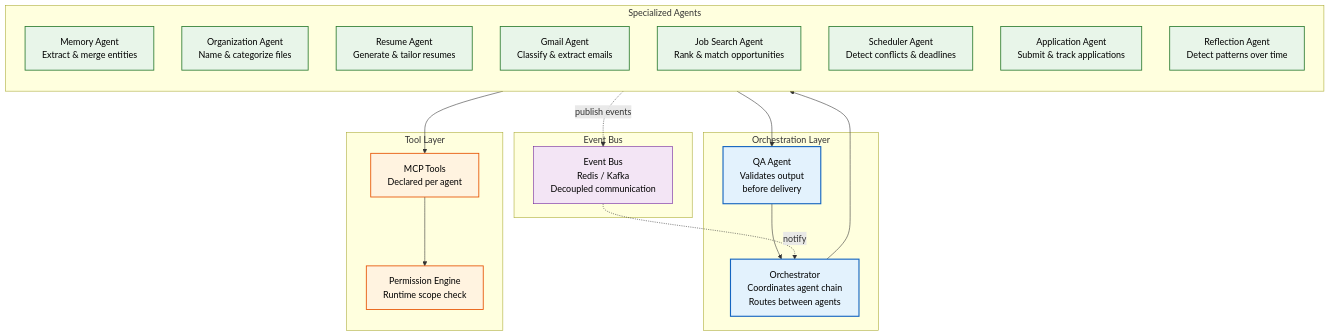
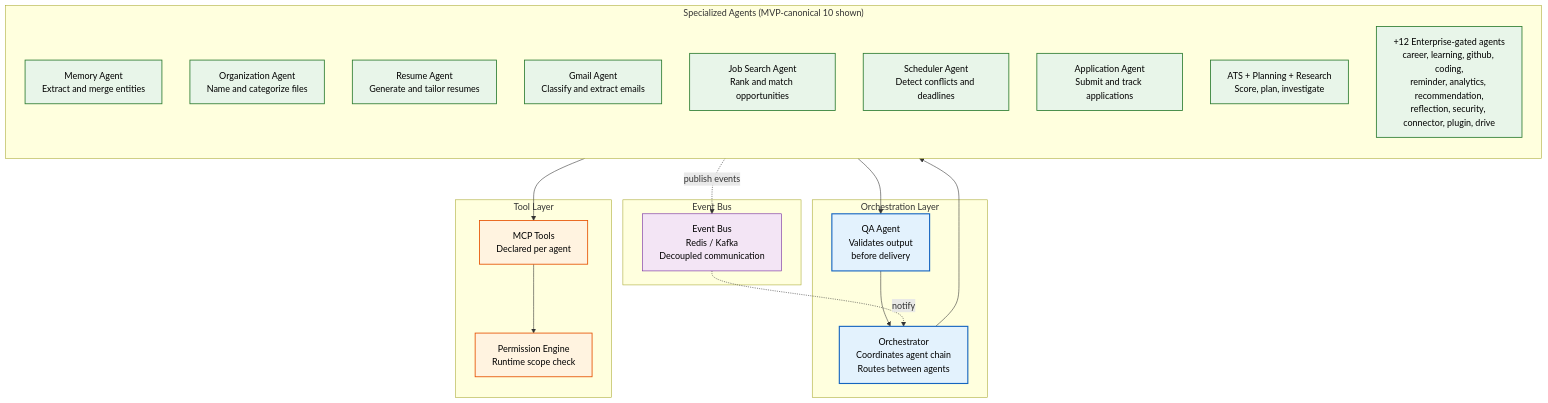
One commit to Driftloom/Vaeloom changed the first of 2 diagrams in docs/ai/AI-Agents.md. Above: the diagram before and after it, drawn with Mermaid. The commit also changed other lines of this file and 12 other files, not shown here.

Commit message:
docs(architecture): reconcile system, agent, connector, and auth specs with code truth

````diff
--- a/docs/ai/AI-Agents.md
+++ b/docs/ai/AI-Agents.md
@@ -30,47 +32,48 @@
 ```mermaid
 graph TD
  classDef orchestrator fill:#e3f2fd,stroke:#1565c0,color:#000,stroke-width:2px
  classDef agent fill:#e8f5e9,stroke:#2e7d32,color:#000,stroke-width:1.5px
  classDef infra fill:#fff3e0,stroke:#e65100,color:#000,stroke-width:1.5px
  classDef event fill:#f3e5f5,stroke:#6a1b9a,color:#000,stroke-width:1px
 
  subgraph Orchestration["Orchestration Layer"]
  ORCH["Orchestrator<br/>Coordinates agent chain<br/>Routes between agents"]
  QA["QA Agent<br/>Validates output<br/>before delivery"]
  end
 
- subgraph Agents["Specialized Agents"]
- direction TB
- A1["Memory Agent<br/>Extract & merge entities"]
- A2["Organization Agent<br/>Name & categorize files"]
- A3["Resume Agent<br/>Generate & tailor resumes"]
- A4["Gmail Agent<br/>Classify & extract emails"]
- A5["Job Search Agent<br/>Rank & match opportunities"]
- A6["Scheduler Agent<br/>Detect conflicts & deadlines"]
- A7["Application Agent<br/>Submit & track applications"]
- A8["Reflection Agent<br/>Detect patterns over time"]
- end
+  subgraph Agents["Specialized Agents (MVP-canonical 10 shown)"]
+  direction TB
+  A1["Memory Agent<br/>Extract and merge entities"]
+  A2["Organization Agent<br/>Name and categorize files"]
+  A3["Resume Agent<br/>Generate and tailor resumes"]
+  A4["Gmail Agent<br/>Classify and extract emails"]
+  A5["Job Search Agent<br/>Rank and match opportunities"]
+  A6["Scheduler Agent<br/>Detect conflicts and deadlines"]
+  A7["Application Agent<br/>Submit and track applications"]
+  A8["ATS + Planning + Research<br/>Score, plan, investigate"]
+  AX["+12 Enterprise-gated agents<br/>career, learning, github, coding,<br/>reminder, analytics, recommendation,<br/>reflection, security, connector, plugin, drive"]
+  end
 
  subgraph Tools["Tool Layer"]
  MCP["MCP Tools<br/>Declared per agent"]
  PERM["Permission Engine<br/>Runtime scope check"]
  end
 
  subgraph Events["Event Bus"]
  EB["Event Bus<br/>Redis / Kafka\nDecoupled communication"]
  end
 
  ORCH--> Agents
  Agents--> QA
  QA--> ORCH
  Agents--> MCP
  MCP--> PERM
  Agents -.->|publish events| EB
  EB -.->|notify| ORCH
 
- class ORCH,QA orchestrator
- class A1,A2,A3,A4,A5,A6,A7,A8 agent
+  class ORCH,QA orchestrator
+  class A1,A2,A3,A4,A5,A6,A7,A8,AX agent
  class MCP,PERM infra
  class EB event
 
 ```
````
